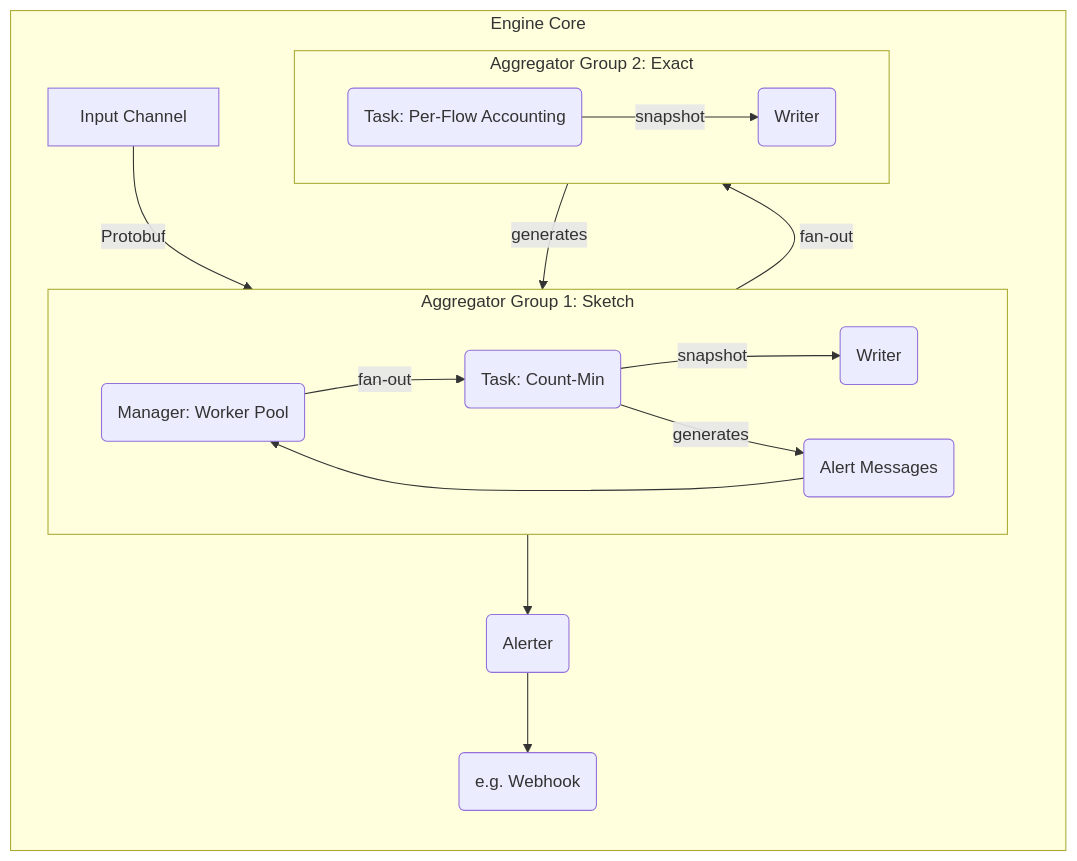
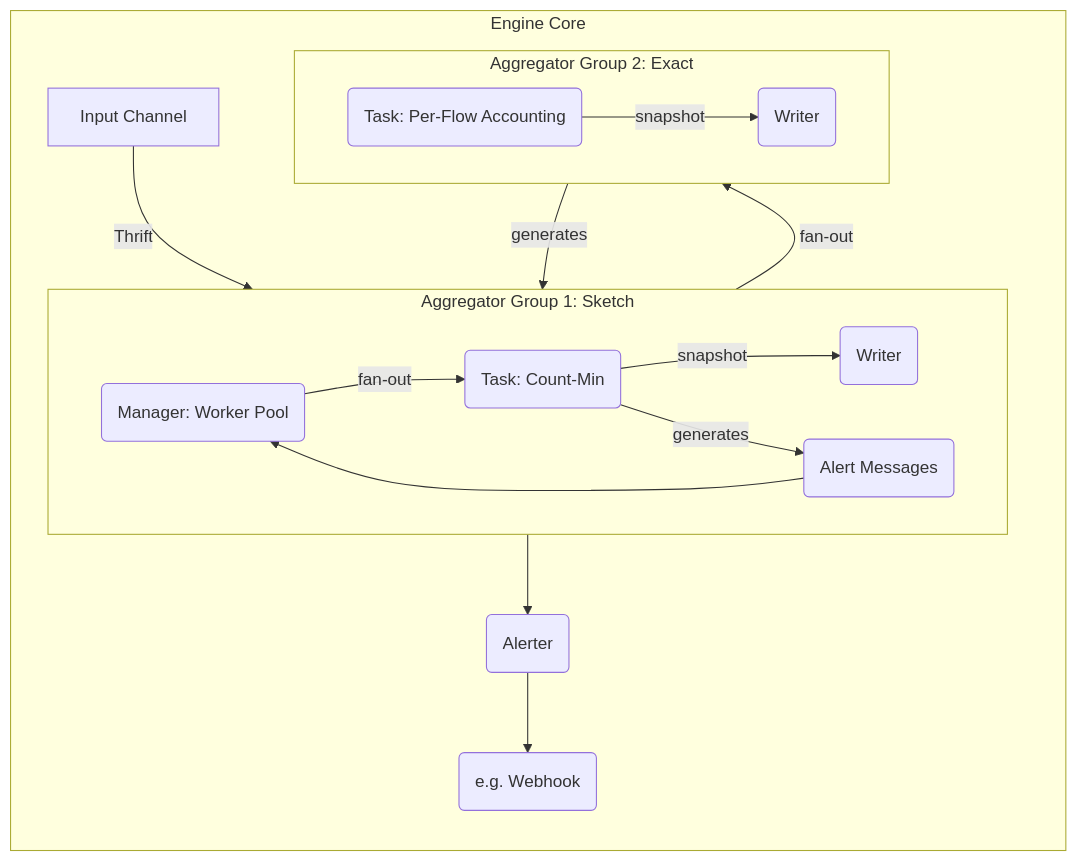
The first of 4 diagrams in doc/technology.md (Decade-qiu/Go2NetSpectra), drawn with Mermaid before and after one commit. The commit also changed other lines of this file and 81 other files, not shown here.

````diff
--- a/doc/technology.md
+++ b/doc/technology.md
@@ -34,25 +34,25 @@
 ```mermaid
 graph TD
     subgraph "Engine Core"
         direction TB
-        A[Input Channel] -- Protobuf --> B(Manager: Worker Pool)
+        A[Input Channel] -- Thrift --> B(Manager: Worker Pool)
         
         subgraph "Aggregator Group 1: Sketch"
             direction LR
             B -- fan-out --> Task_Sketch1(Task: Count-Min)
             Task_Sketch1 -- snapshot --> Writer_Sketch(Writer)
             Task_Sketch1 -- generates --> AlertMsg(Alert Messages)
         end
 
         subgraph "Aggregator Group 2: Exact"
             direction LR
             B -- fan-out --> Task_Exact1(Task: Per-Flow Accounting)
             Task_Exact1 -- snapshot --> Writer_Exact(Writer)
             Task_Exact1 -- generates --> AlertMsg
         end
 
         AlertMsg --> B
         B --> Alerter(Alerter)
         Alerter --> Notifier(e.g. Webhook)
     end
 ```
````
